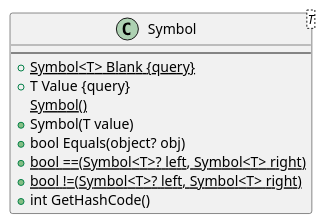
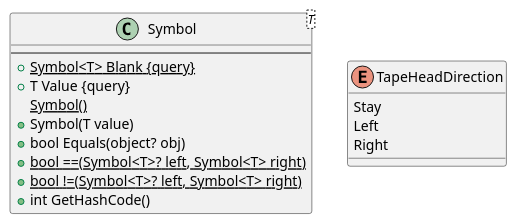
One commit to bokrosf/TuringMachine changed the diagram in doc/diagrams/class/classes.plantuml. Above: the diagram before and after it, drawn with PlantUML.

Commit message:
TapeHeadDirection enum added to classes diagram.

```diff
--- a/doc/diagrams/class/classes.plantuml
+++ b/doc/diagrams/class/classes.plantuml
@@ -1,15 +1,21 @@
 @startuml classes
 
 class Symbol<T> {
     --
     +{static} Symbol<T> Blank {query}
     +T Value {query}
     {static} Symbol()
     +Symbol(T value)
     +bool Equals(object? obj)
     +{static} bool ==(Symbol<T>? left, Symbol<T> right)
     +{static} bool !=(Symbol<T>? left, Symbol<T> right)
     +int GetHashCode()
 }
 
+enum TapeHeadDirection {
+    Stay
+    Left
+    Right
+}
+
 @enduml
```
